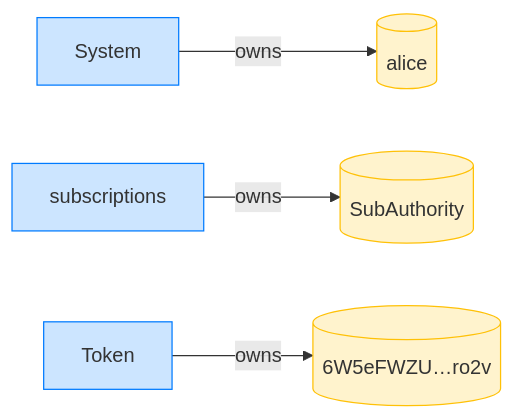
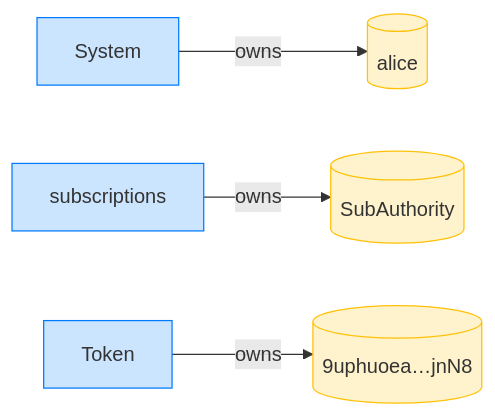
Before and after one commit to cds-rs/subscriptions: the fourth of 4 diagrams in dsl_tests/reject-a-recurring-delegation-with-a-zero-period.md, drawn with Mermaid. The commit also changed other lines of this file and 224 other files, not shown here.

````diff
--- a/dsl_tests/reject-a-recurring-delegation-with-a-zero-period.md
+++ b/dsl_tests/reject-a-recurring-delegation-with-a-zero-period.md
@@ -73,14 +78,14 @@
 ```mermaid
 flowchart LR
     classDef owner fill:#cce5ff,stroke:#007bff;
     classDef account fill:#fff3cd,stroke:#ffc107;
     System[System]:::owner
     alice[(alice)]:::account
     subscriptions[subscriptions]:::owner
     SubAuthority[(SubAuthority)]:::account
     Token[Token]:::owner
-    6W5eFWZU_ro2v[("6W5eFWZU…ro2v")]:::account
+    9uphuoea_jnN8[("9uphuoea…jnN8")]:::account
     System -->|owns| alice
     subscriptions -->|owns| SubAuthority
-    Token -->|owns| 6W5eFWZU_ro2v
+    Token -->|owns| 9uphuoea_jnN8
 ```
````
